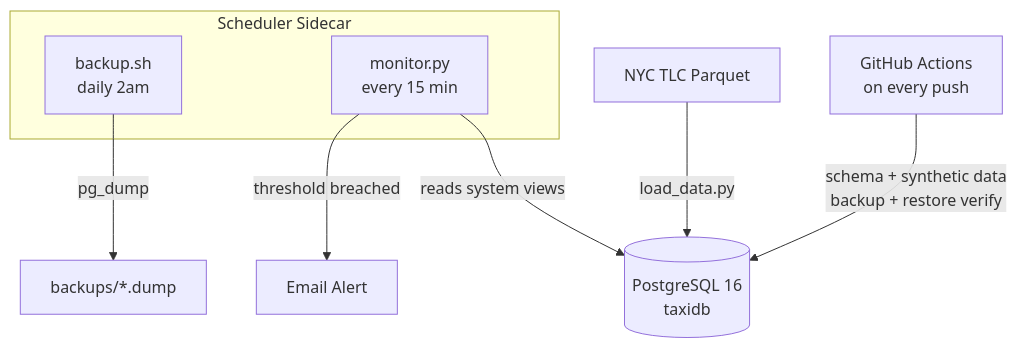
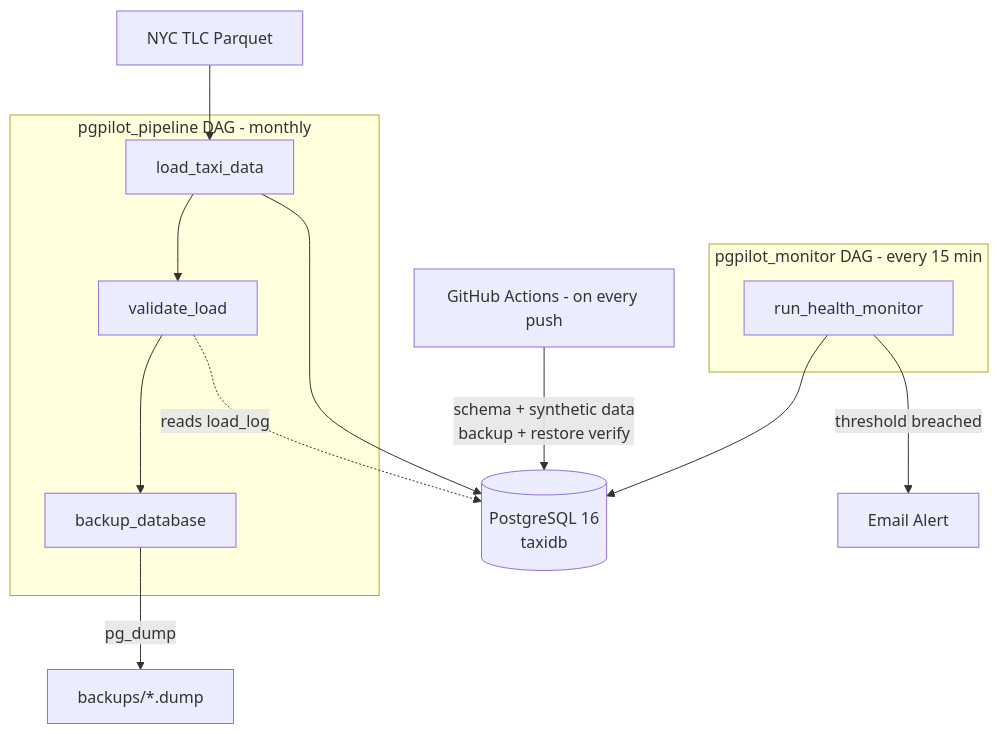
Before and after one commit to HerrerAaron/PGPilot: the diagram in README.md, drawn with Mermaid. The commit also changed other lines of this file and 11 other files, not shown here.

````diff
--- a/README.md
+++ b/README.md
@@ -36,15 +39,20 @@
 ```mermaid
 graph TD
-    A[NYC TLC Parquet] -->|load_data.py| DB[(PostgreSQL 16\ntaxidb)]
+    PARQUET[NYC TLC Parquet] --> LOAD
 
-    subgraph Scheduler Sidecar
-        BACKUP[backup.sh\ndaily 2am]
-        MONITOR[monitor.py\nevery 15 min]
+    subgraph PIPELINE [pgpilot_pipeline DAG - monthly]
+        LOAD[load_taxi_data] --> VALIDATE[validate_load] --> BACKUP[backup_database]
     end
 
+    subgraph MONITORDAG [pgpilot_monitor DAG - every 15 min]
+        MONITOR[run_health_monitor]
+    end
+
+    LOAD --> DB[(PostgreSQL 16\ntaxidb)]
+    VALIDATE -.->|reads load_log| DB
     BACKUP -->|pg_dump| DUMP[backups/*.dump]
-    MONITOR -->|reads system views| DB
+    MONITOR --> DB
     MONITOR -->|threshold breached| EMAIL[Email Alert]
 
-    CI[GitHub Actions\non every push] -->|schema + synthetic data\nbackup + restore verify| DB
+    CI[GitHub Actions - on every push] -->|schema + synthetic data\nbackup + restore verify| DB
 ```
````
